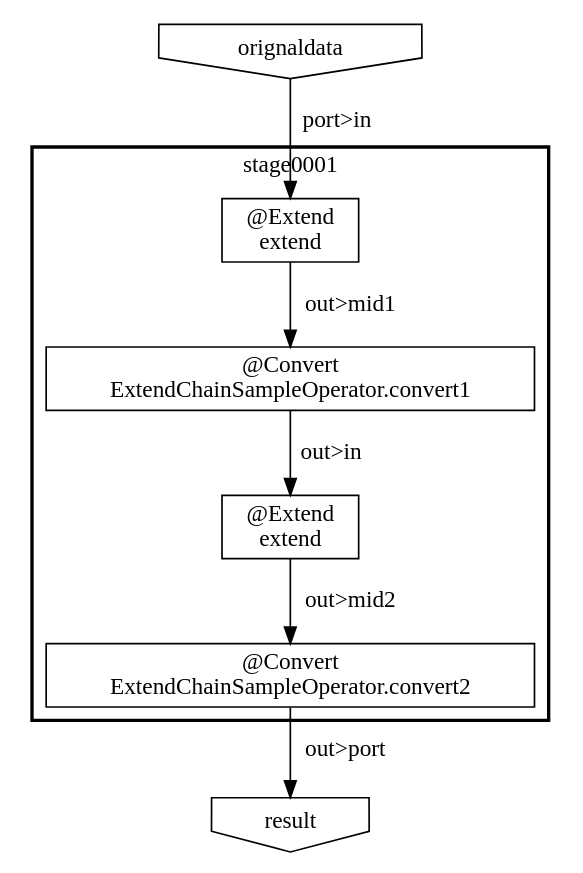
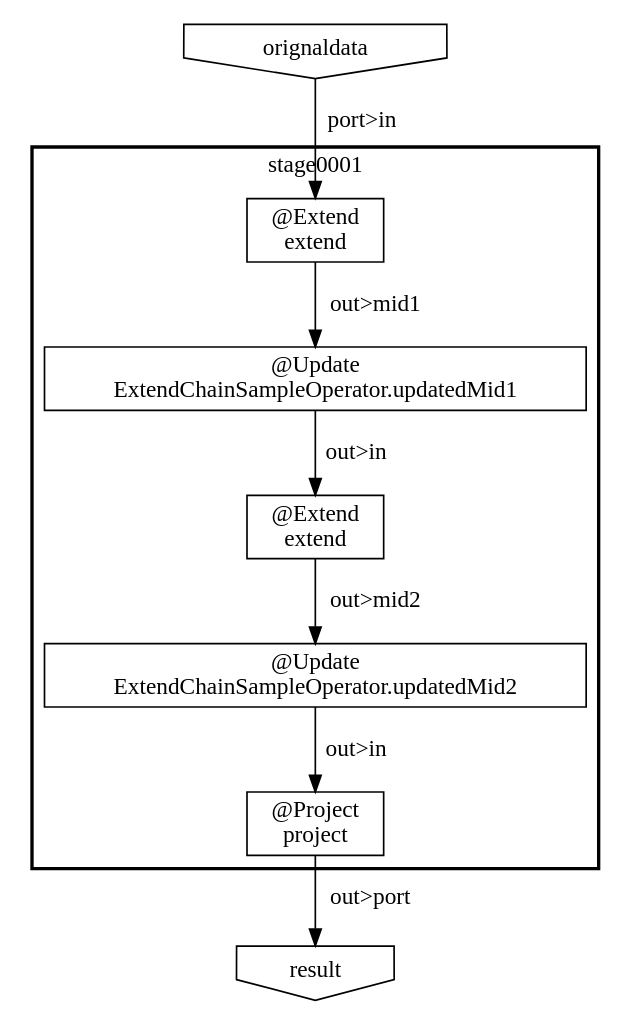
Before and after one commit to ironpeace/AsakusaExtendChainSample: the diagram in target/batchc/ecsBatch/opt/dsl-analysis/jobflow/TheExtendChainSampleJobFlow/stageblock-1.dot, drawn with Graphviz. The commit also changed 34 other files, not shown here.

```diff
--- a/target/batchc/ecsBatch/opt/dsl-analysis/jobflow/TheExtendChainSampleJobFlow/stageblock-1.dot
+++ b/target/batchc/ecsBatch/opt/dsl-analysis/jobflow/TheExtendChainSampleJobFlow/stageblock-1.dot
@@ -1,17 +1,19 @@
 digraph {
-    subgraph "cluster_f871837b-98a9-4475-a629-92a4d79a5927" {
+    "c6c5fe9f-2f84-4626-a176-73985d4e6f05" [shape=invhouse, label="result"];
+    "1ddacec9-57e9-4a95-a1e8-cc3b42d1cff8" [shape=invhouse, label="orignaldata"];
+    subgraph "cluster_b2355670-de62-4026-868f-6bc21f99805b" {
         label = "stage0001";
         style = bold;
-        "41c707ef-ab03-4e36-b958-6206897674ef" [shape=box, label="@Extend\nextend"];
-        "af4d28af-a797-4f4e-a1b8-eed03c29f6ba" [shape=box, label="@Extend\nextend"];
-        "0a7d3b76-cf13-46a0-af4b-08371203d926" [shape=box, label="@Convert\nExtendChainSampleOperator.convert1"];
-        "850d4467-8932-4756-bb4e-7f36eac9b144" [shape=box, label="@Convert\nExtendChainSampleOperator.convert2"];
+        "c2b3f383-ae1b-4e69-aca0-a220707c54b8" [shape=box, label="@Update\nExtendChainSampleOperator.updatedMid1"];
+        "57b98827-448b-40bf-bd25-512094c87362" [shape=box, label="@Extend\nextend"];
+        "072319ad-6d53-49a2-9eae-be20922db0a2" [shape=box, label="@Project\nproject"];
+        "f7abce18-ca27-4c73-abb3-d1a6d945a948" [shape=box, label="@Extend\nextend"];
+        "1f95fc85-30f4-4f31-a9fd-5a25d4d6fc75" [shape=box, label="@Update\nExtendChainSampleOperator.updatedMid2"];
     }
-    "39882d3b-f8be-4905-a88b-f4fed4119297" [shape=invhouse, label="orignaldata"];
-    "8e299579-9485-4ff6-9623-2eb3eb8f9e79" [shape=invhouse, label="result"];
-    "39882d3b-f8be-4905-a88b-f4fed4119297" -> "41c707ef-ab03-4e36-b958-6206897674ef" [label="port>in"];
-    "850d4467-8932-4756-bb4e-7f36eac9b144" -> "8e299579-9485-4ff6-9623-2eb3eb8f9e79" [label="out>port"];
-    "41c707ef-ab03-4e36-b958-6206897674ef" -> "0a7d3b76-cf13-46a0-af4b-08371203d926" [label="out>mid1"];
-    "af4d28af-a797-4f4e-a1b8-eed03c29f6ba" -> "850d4467-8932-4756-bb4e-7f36eac9b144" [label="out>mid2"];
-    "0a7d3b76-cf13-46a0-af4b-08371203d926" -> "af4d28af-a797-4f4e-a1b8-eed03c29f6ba" [label="out>in"];
+    "1ddacec9-57e9-4a95-a1e8-cc3b42d1cff8" -> "f7abce18-ca27-4c73-abb3-d1a6d945a948" [label="port>in"];
+    "072319ad-6d53-49a2-9eae-be20922db0a2" -> "c6c5fe9f-2f84-4626-a176-73985d4e6f05" [label="out>port"];
+    "c2b3f383-ae1b-4e69-aca0-a220707c54b8" -> "57b98827-448b-40bf-bd25-512094c87362" [label="out>in"];
+    "57b98827-448b-40bf-bd25-512094c87362" -> "1f95fc85-30f4-4f31-a9fd-5a25d4d6fc75" [label="out>mid2"];
+    "f7abce18-ca27-4c73-abb3-d1a6d945a948" -> "c2b3f383-ae1b-4e69-aca0-a220707c54b8" [label="out>mid1"];
+    "1f95fc85-30f4-4f31-a9fd-5a25d4d6fc75" -> "072319ad-6d53-49a2-9eae-be20922db0a2" [label="out>in"];
 }
```
